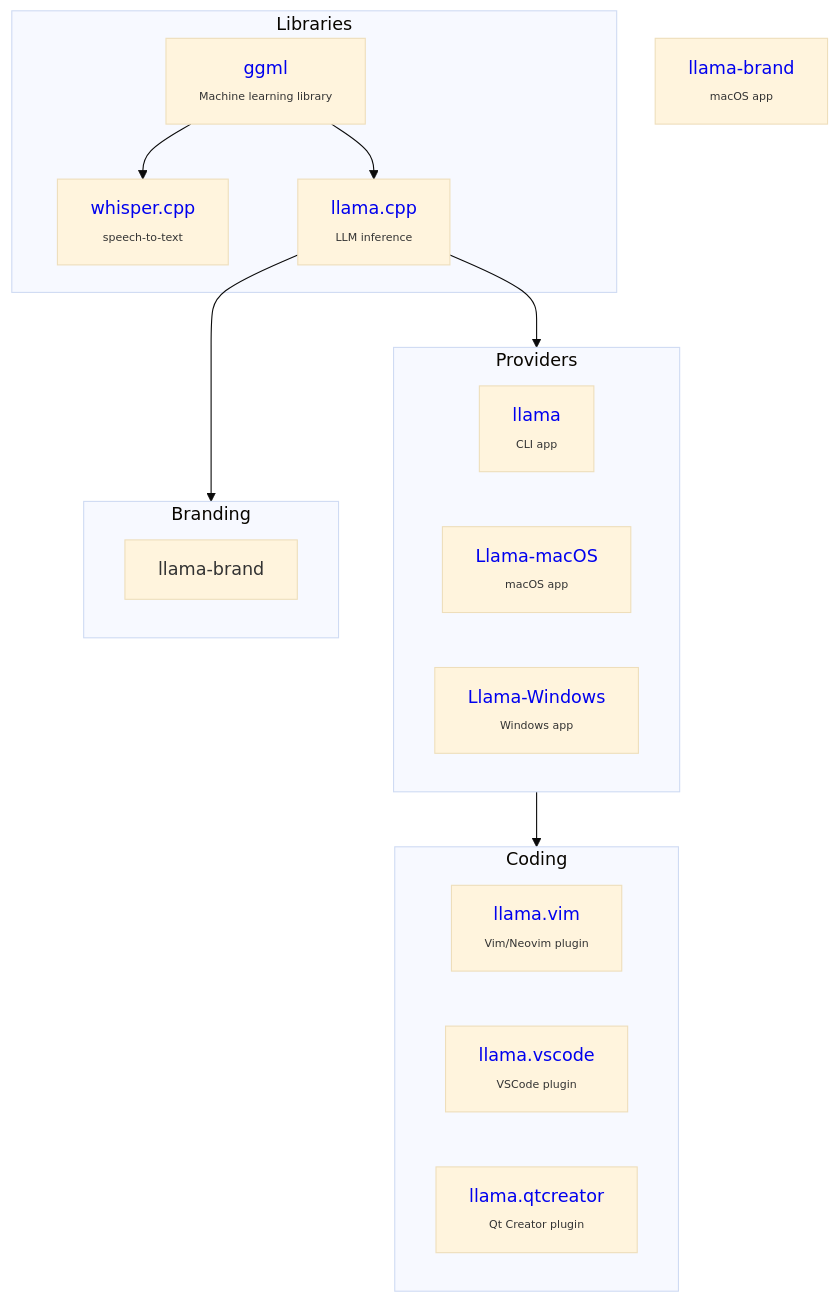
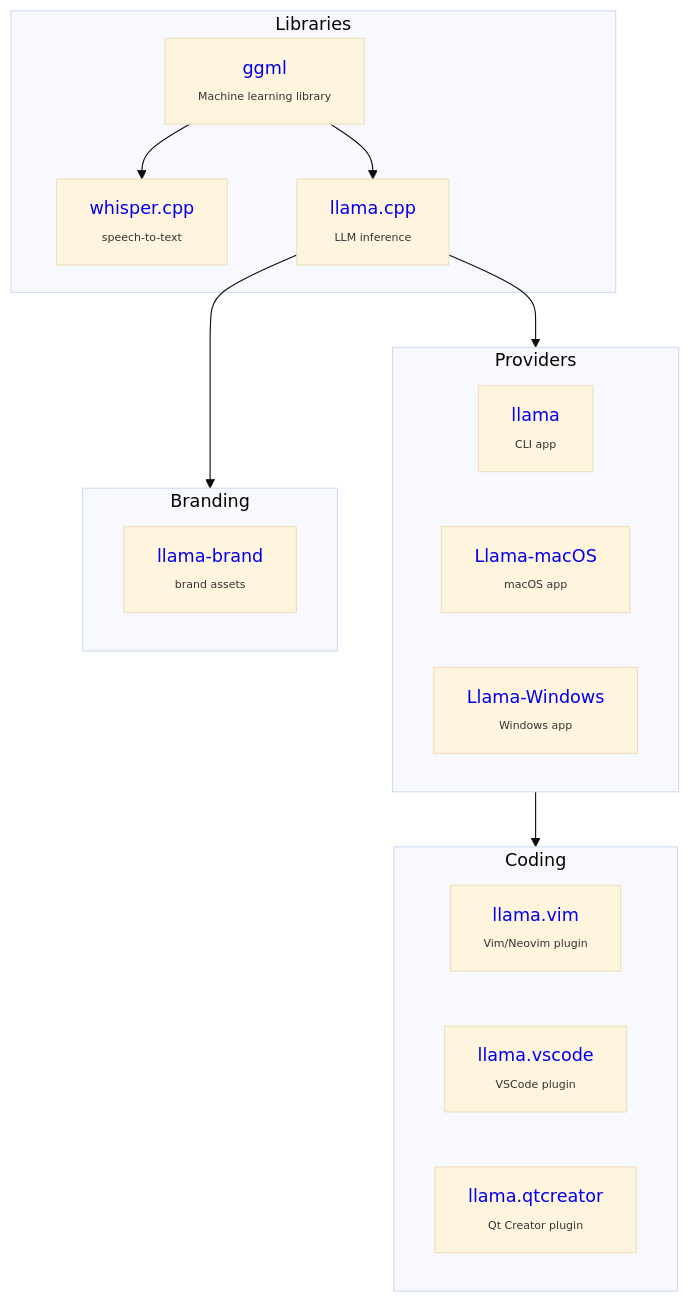
Before and after one commit to ggml-org/.github: the diagram in profile/README.md, drawn with Mermaid (base theme).

Commit message:
cont : fix

````diff
--- a/profile/README.md
+++ b/profile/README.md
@@ -8,41 +8,41 @@
 ```mermaid
 graph TD;
 ggml --> whisper.cpp
 ggml --> llama.cpp
 llama.cpp --> providers
 llama.cpp --> branding
 providers --> coding
 
 subgraph libraries[Libraries]
     ggml
     llama.cpp
     whisper.cpp
 end
 
 subgraph coding[Coding]
     llama.vim
     llama.vscode
     llama.qtcreator
 end
 
 subgraph providers[Providers]
     llama
     Llama-macOS
     Llama-Windows
 end
 
 subgraph branding[Branding]
     llama-brand
 end
 
 ggml[<a href="https://github.com/ggml-org/ggml"                       style="text-decoration:none;">ggml</a>            <br><span style="font-size:10px;">Machine learning library</span>];
 whisper.cpp[<a href="https://github.com/ggml-org/whisper.cpp"         style="text-decoration:none;">whisper.cpp</a>     <br><span style="font-size:10px;">speech-to-text</span>];
 llama.cpp[<a href="https://github.com/ggml-org/llama.cpp"             style="text-decoration:none;">llama.cpp</a>       <br><span style="font-size:10px;">LLM inference</span>];
 llama.vim[<a href="https://github.com/ggml-org/llama.vim"             style="text-decoration:none;">llama.vim</a>       <br><span style="font-size:10px;">Vim/Neovim plugin</span>];
 llama.vscode[<a href="https://github.com/ggml-org/llama.vscode"       style="text-decoration:none;">llama.vscode</a>    <br><span style="font-size:10px;">VSCode plugin</span>];
 llama.qtcreator[<a href="https://github.com/ggml-org/llama.qtcreator" style="text-decoration:none;">llama.qtcreator</a> <br><span style="font-size:10px;">Qt Creator plugin</span>];
 llama[<a href="https://llama.app"                                     style="text-decoration:none;">llama</a>           <br><span style="font-size:10px;">CLI app</span>];
 Llama-macOS[<a href="https://github.com/ggml-org/Llama-macOS"         style="text-decoration:none;">Llama-macOS</a>     <br><span style="font-size:10px;">macOS app</span>];
 Llama-Windows[<a href="https://github.com/ggml-org/Llama-Windows"     style="text-decoration:none;">Llama-Windows</a>   <br><span style="font-size:10px;">Windows app</span>];
-Llama-brand[<a href="https://github.com/ggml-org/llama-brand"         style="text-decoration:none;">llama-brand</a>     <br><span style="font-size:10px;">macOS app</span>];
+llama-brand[<a href="https://github.com/ggml-org/llama-brand"         style="text-decoration:none;">llama-brand</a>     <br><span style="font-size:10px;">brand assets</span>];
 ```
````
